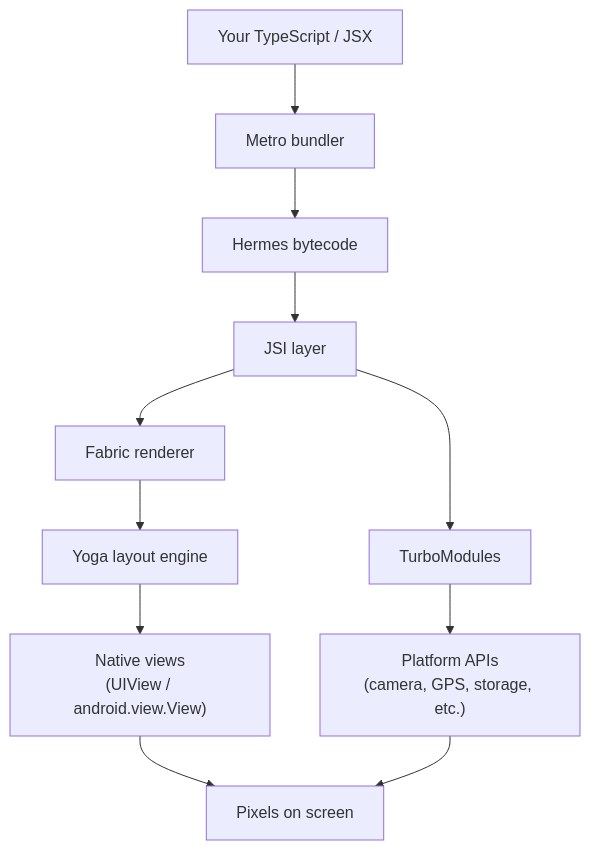
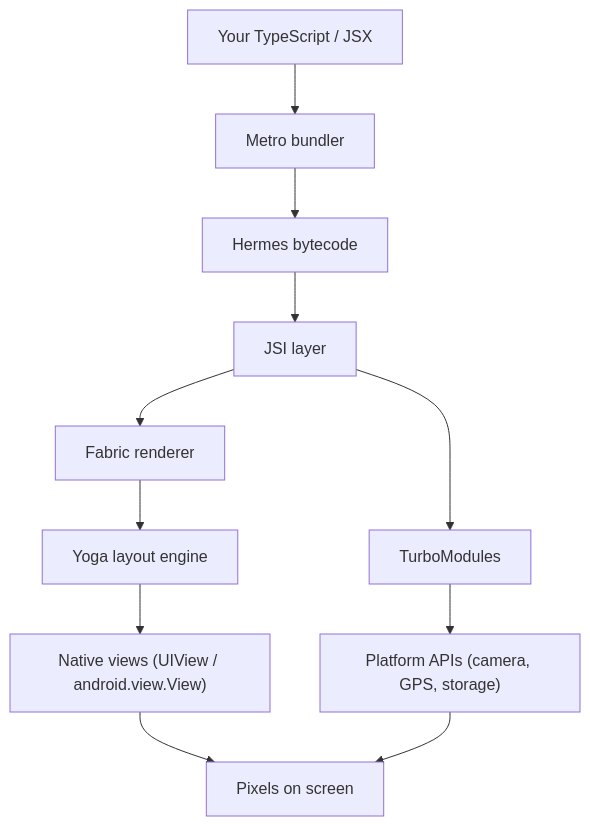
Before and after one commit to BabaScience/react-guides: diagram 12 of 12 in arguments/chapters/rn-02-fundamentals.md, drawn with Mermaid. The commit also changed other lines of this file and 63 other files, not shown here.

First line of the commit message:
Enrich React Native roadmap with deeper content, visuals, and FR/IT translations

````diff
--- a/arguments/chapters/rn-02-fundamentals.md
+++ b/arguments/chapters/rn-02-fundamentals.md
@@ -444,17 +617,17 @@
 ```mermaid
 graph TD
     YourCode["Your TypeScript / JSX"] --> Metro["Metro bundler"]
     Metro --> Hermes["Hermes bytecode"]
     Hermes --> JSI["JSI layer"]
 
     JSI --> Fabric["Fabric renderer"]
     JSI --> TurboMods["TurboModules"]
 
     Fabric --> Yoga["Yoga layout engine"]
-    Yoga --> NativeViews["Native views\n(UIView / android.view.View)"]
+    Yoga --> NativeViews["Native views (UIView / android.view.View)"]
 
-    TurboMods --> Platform["Platform APIs\n(camera, GPS, storage, etc.)"]
+    TurboMods --> Platform["Platform APIs (camera, GPS, storage)"]
 
     NativeViews --> Screen["Pixels on screen"]
     Platform --> Screen
 ```
````
